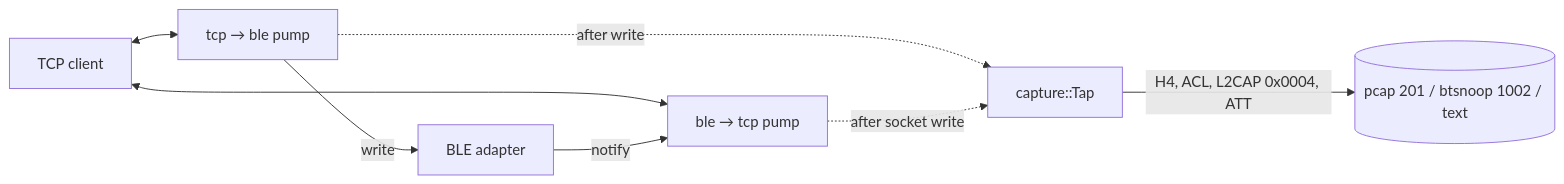
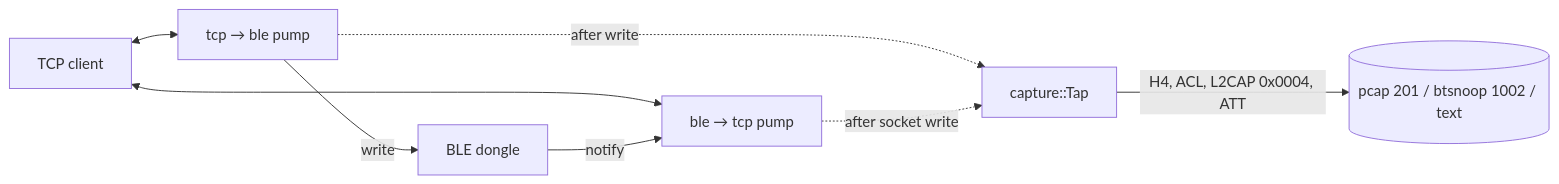
The fourth of 5 diagrams in docs/architecture.md (b1tninja/dangle), drawn with Mermaid before and after one commit. The commit also changed other lines of this file and 19 other files, not shown here.

````diff
--- a/docs/architecture.md
+++ b/docs/architecture.md
@@ -146,10 +147,10 @@
 ```mermaid
 flowchart LR
     C["TCP client"] <--> P1["tcp → ble pump"]
     C <--> P2["ble → tcp pump"]
-    P1 -->|"write"| A["BLE adapter"]
+    P1 -->|"write"| A["BLE dongle"]
     A -->|"notify"| P2
     P1 -.->|"after write"| T["capture::Tap"]
     P2 -.->|"after socket write"| T
     T -->|"H4, ACL, L2CAP 0x0004, ATT"| F[("pcap 201 / btsnoop 1002 / text")]
 ```
````
